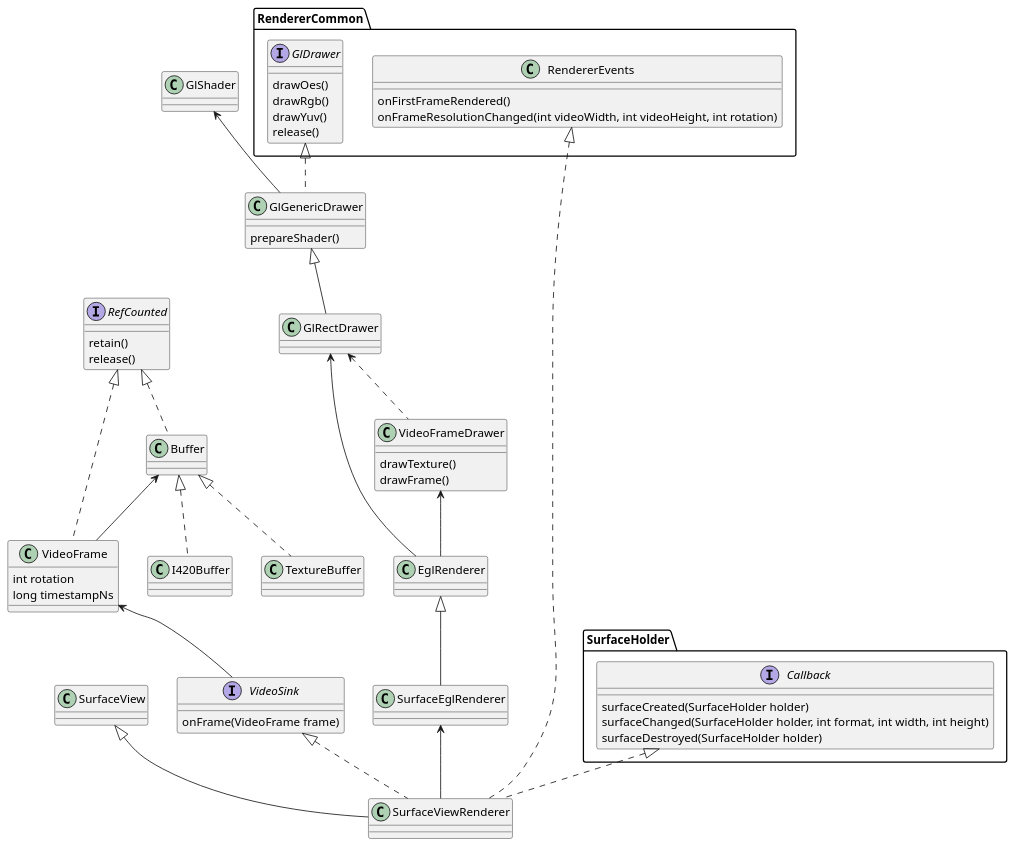
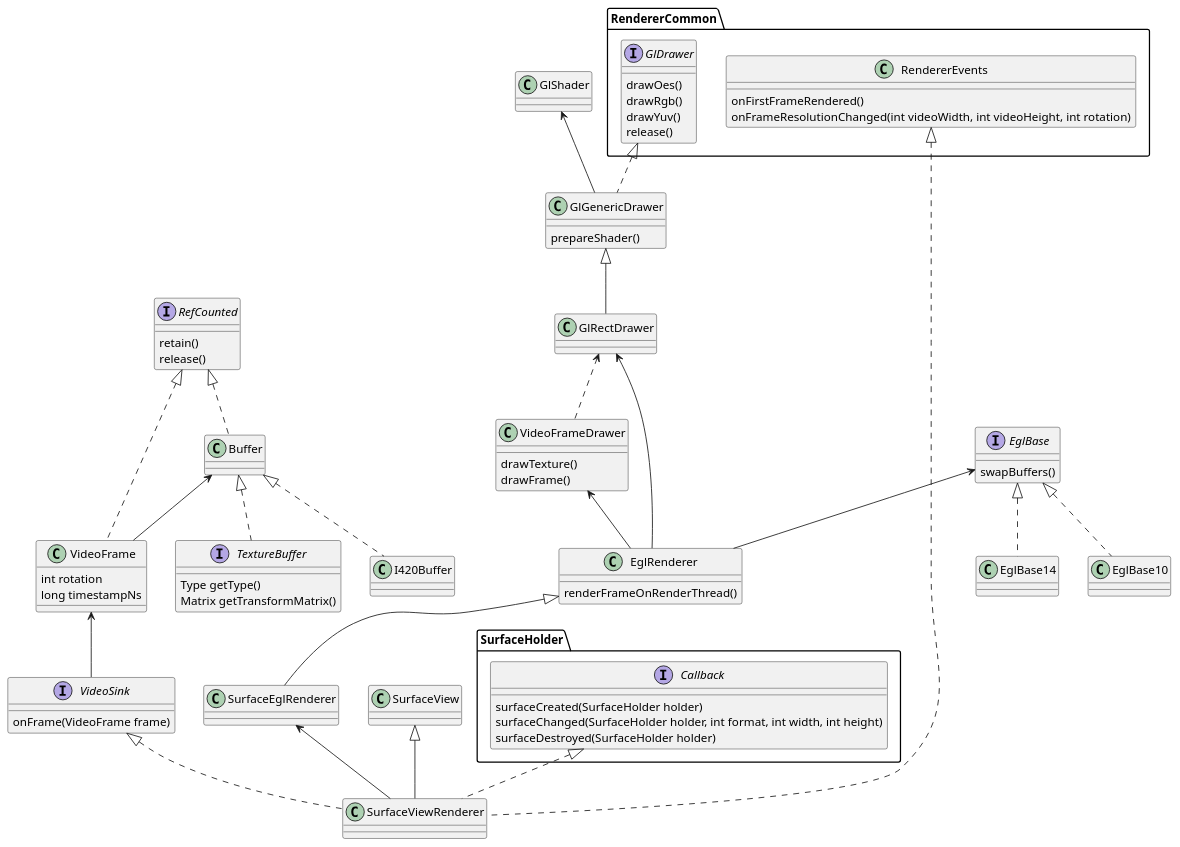
One commit to sunxiaodongme/accumulation changed the diagram in programmer/media/WebRTC/Android/SurfaceViewRenderer_class.wsd. Above: the diagram before and after it, drawn with PlantUML. The commit also changed 230 other files, not shown here.

```diff
--- a/programmer/media/WebRTC/Android/SurfaceViewRenderer_class.wsd
+++ b/programmer/media/WebRTC/Android/SurfaceViewRenderer_class.wsd
@@ -1,80 +1,93 @@
 @startuml SurfaceViewRenderer_class
 
+/'在SurfaceView上展示视频流'/
 class SurfaceViewRenderer {
 
 }
-
 SurfaceView <|-- SurfaceViewRenderer
 SurfaceHolder.Callback <|.. SurfaceViewRenderer
 interface SurfaceHolder.Callback {
     surfaceCreated(SurfaceHolder holder)
     surfaceChanged(SurfaceHolder holder, int format, int width, int height)
     surfaceDestroyed(SurfaceHolder holder)
 }
 
 VideoSink <|.. SurfaceViewRenderer
 interface VideoSink {
     onFrame(VideoFrame frame)
 }
 VideoFrame <-- VideoSink
 /'视频帧'/
 class VideoFrame {
     int rotation
     long timestampNs
 }
 RefCounted <|.. VideoFrame
 /'webrtc中引用计数'/
 interface RefCounted {
     retain()
     release()
 }
 /'Buffer外部初始化到VideoFrame中'/
 Buffer <-- VideoFrame
 RefCounted <|.. Buffer
 Buffer <|.. I420Buffer
 Buffer <|.. TextureBuffer
+/'buffer存储一个单独纹理'/
+interface TextureBuffer {
+    Type getType()
+    Matrix getTransformMatrix()
+}
 
 RendererCommon.RendererEvents <|.. SurfaceViewRenderer
 /'渲染事件通知'/
 class RendererCommon.RendererEvents {
     onFirstFrameRendered()
     onFrameResolutionChanged(int videoWidth, int videoHeight, int rotation)
 }
 
 SurfaceEglRenderer <-- SurfaceViewRenderer
 /'在Surface上展示视频流，判断是否是首帧或帧变化，发生渲染事件变更'/
 class SurfaceEglRenderer {
 
 }
 EglRenderer <|-- SurfaceEglRenderer
 /'在EGL Surface上展示视频流'/
 class EglRenderer {
-
+    renderFrameOnRenderThread() /'渲染帧'/
 }
 VideoFrameDrawer <-- EglRenderer
 /'绘制视频帧'/
 class VideoFrameDrawer {
     drawTexture()
     drawFrame()
 }
 GlRectDrawer <.. VideoFrameDrawer
 GlRectDrawer <-- EglRenderer
 GlGenericDrawer <|--GlRectDrawer
 class GlGenericDrawer {
     prepareShader()
 }
 GlShader <-- GlGenericDrawer
 /'处理OpenGL着色器'/
 class GlShader {
 
 }
 RendererCommon.GlDrawer <|.. GlGenericDrawer
 /'EGLSurface上渲染帧接口'/
 interface RendererCommon.GlDrawer {
     drawOes()
     drawRgb()
     drawYuv()
     release()
 }
 
+EglBase <-- EglRenderer
+/'EGL状态和处理EGLContext、EGLDisplay & EGLSurface的方法'/
+interface EglBase {
+    swapBuffers()
+}
+EglBase <|.. EglBase10
+EglBase <|.. EglBase14 
+
 @enduml
```
